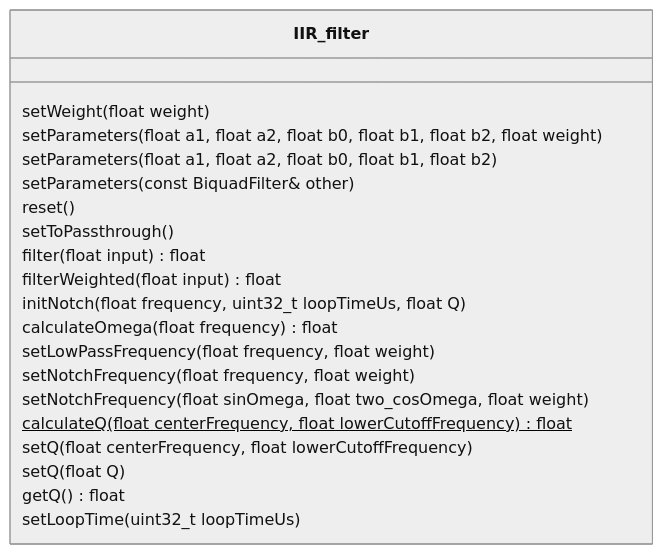
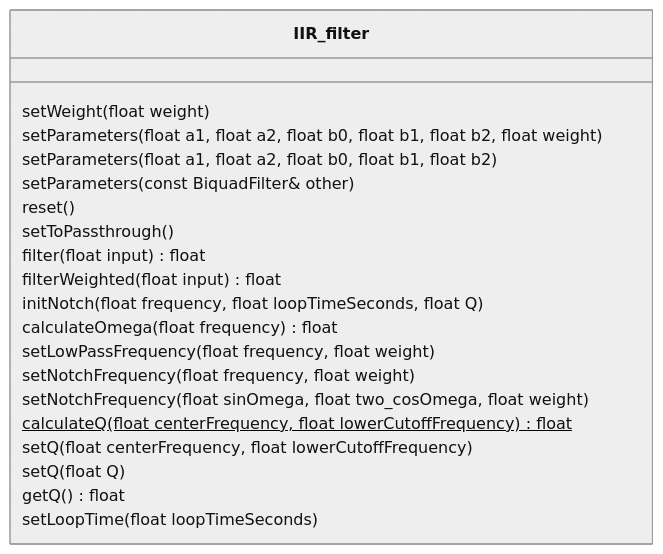
The sixth of 6 diagrams in README.md (martinbudden/Library-Filters), drawn with Mermaid (neutral theme) before and after one commit. The commit also changed 3 other files, not shown here.

Commit message:
Changed from using uint32_t loopTimeUs to float  loopTimeSeconds. Increased version to 0.8.1

````diff
--- a/README.md
+++ b/README.md
@@ -105,28 +105,28 @@
 ```mermaid
 classDiagram
     class IIR_filter {
         setWeight(float weight)
         setParameters(float a1, float a2, float b0, float b1, float b2, float weight)
         setParameters(float a1, float a2, float b0, float b1, float b2)
         setParameters(const BiquadFilter& other)
 
         reset()
         setToPassthrough()
 
         filter(float input) float
         filterWeighted(float input) float
 
-        initNotch(float frequency, uint32_t loopTimeUs, float Q)
+        initNotch(float frequency, float loopTimeSeconds, float Q)
 
         calculateOmega(float frequency) float
         setLowPassFrequency(float frequency, float weight)
         setNotchFrequency(float frequency, float weight)
         setNotchFrequency(float sinOmega, float two_cosOmega, float weight)
 
         calculateQ(float centerFrequency, float lowerCutoffFrequency) float $
         setQ(float centerFrequency, float lowerCutoffFrequency)
         setQ(float Q)
         getQ() float
-        setLoopTime(uint32_t loopTimeUs)
+        setLoopTime(float loopTimeSeconds)
     }
 ```
````
